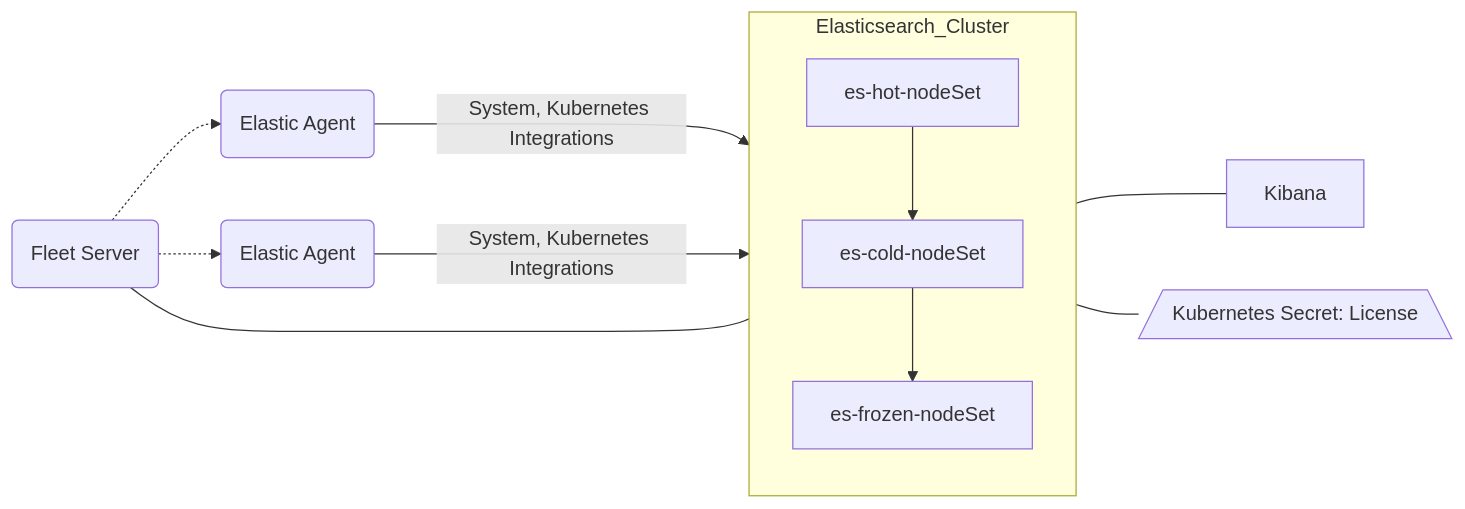
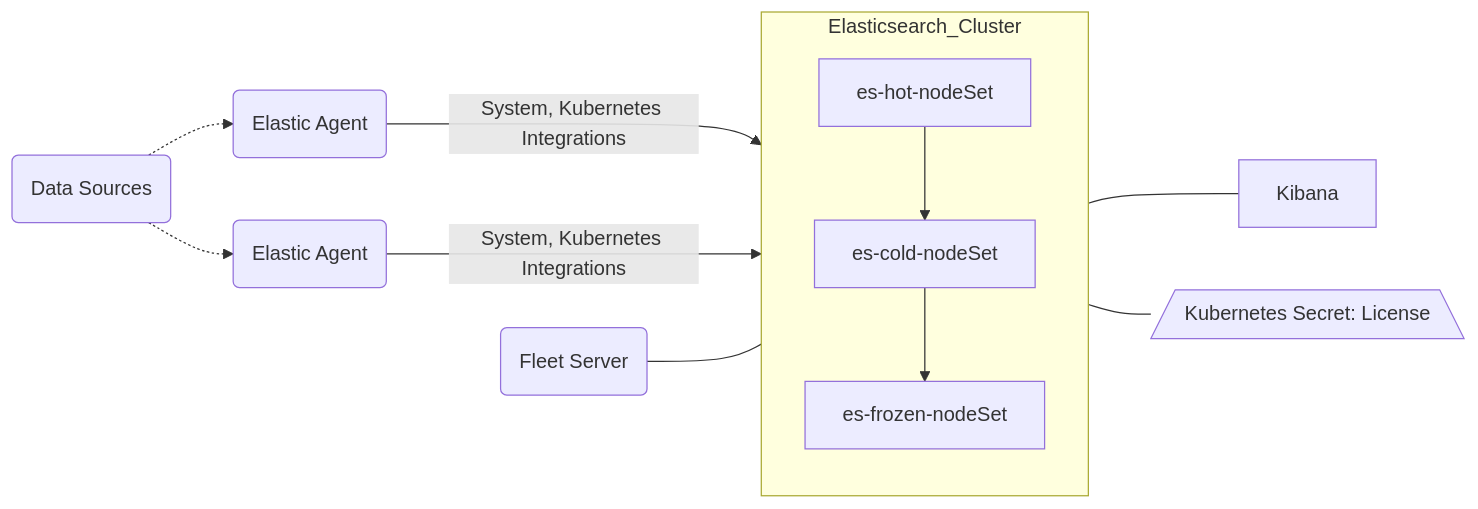
One commit to jdel12/eck-kittyhawk changed the diagram in tiered/README.md. Above: the diagram before and after it, drawn with Mermaid. The commit also changed other lines of this file and 3 other files, not shown here.

````diff
--- a/tiered/README.md
+++ b/tiered/README.md
@@ -5,14 +5,14 @@
 ```mermaid
 flowchart LR
-	req(Fleet Server) -.-> req3
-	req(Fleet Server) -.-> req2
+	req(Data Sources) -.-> req3
+	req(Data Sources) -.-> req2
 	req2(Elastic Agent) ---> |System, Kubernetes Integrations|Elasticsearch_Cluster
 	req3(Elastic Agent) ---> |System, Kubernetes Integrations|Elasticsearch_Cluster
-	req(Fleet Server) --- Elasticsearch_Cluster
+	req4(Fleet Server) --- Elasticsearch_Cluster
 	subgraph Elasticsearch_Cluster
 	es-hot-nodeSet --> es-cold-nodeSet --> es-frozen-nodeSet
 	end
 	Elasticsearch_Cluster --- Kibana
 	Elasticsearch_Cluster --- A[/Kubernetes Secret: License\]
 
 ```
````
